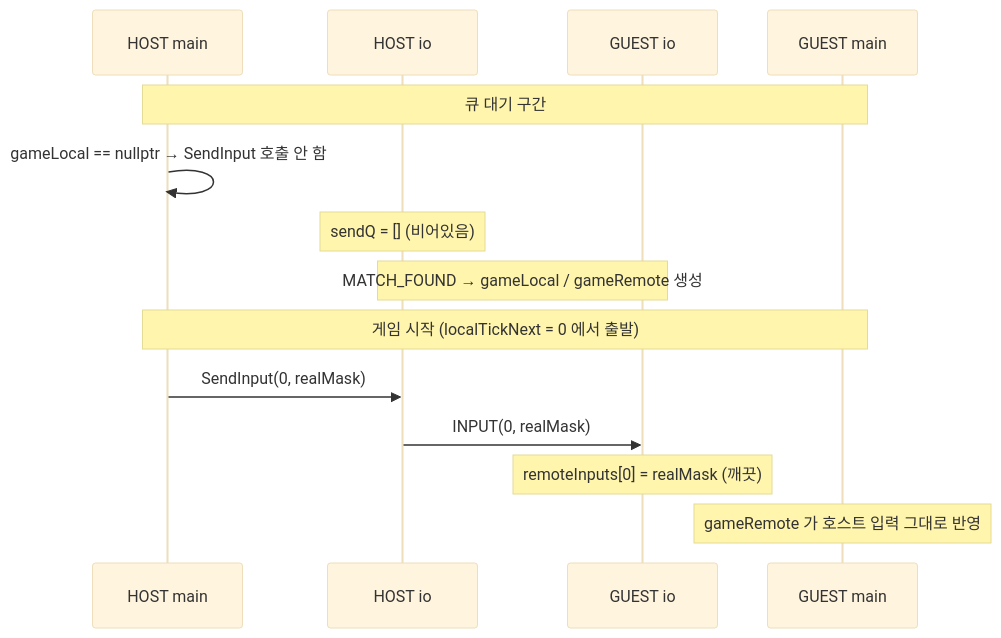
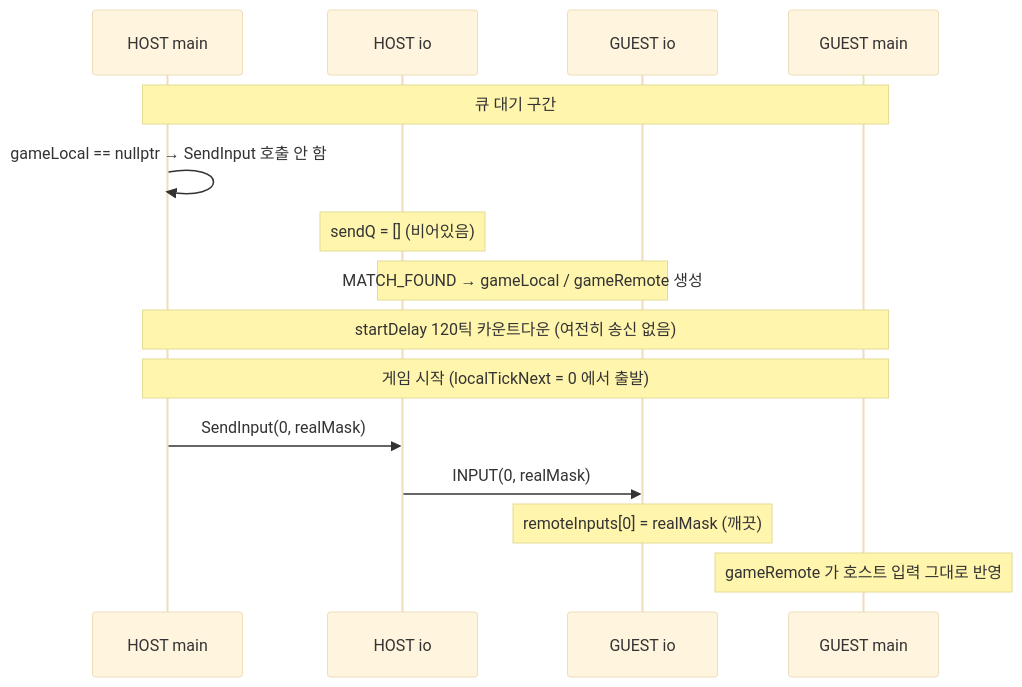
One commit to Rein-ArXiv/Tetris-Multiplayer-RL changed the tenth of 13 diagrams in docs/blog/part6-lockstep-networking.md. Above: the diagram before and after it, drawn with Mermaid (base theme). The commit also changed other lines of this file and 41 other files, not shown here.

````diff
--- a/docs/blog/part6-lockstep-networking.md
+++ b/docs/blog/part6-lockstep-networking.md
@@ -1642,17 +2568,18 @@
 ```mermaid
 sequenceDiagram
     participant HM as HOST main
     participant HI as HOST io
     participant GI as GUEST io
     participant GM as GUEST main
 
     Note over HM,GM: 큐 대기 구간
     HM->>HM: gameLocal == nullptr → SendInput 호출 안 함
     Note over HI: sendQ = [] (비어있음)
     Note over HI,GI: MATCH_FOUND → gameLocal / gameRemote 생성
+    Note over HM,GM: startDelay 120틱 카운트다운 (여전히 송신 없음)
     Note over HM,GM: 게임 시작 (localTickNext = 0 에서 출발)
     HM->>HI: SendInput(0, realMask)
     HI->>GI: INPUT(0, realMask)
     Note over GI: remoteInputs[0] = realMask (깨끗)
     Note over GM: gameRemote 가 호스트 입력 그대로 반영
 ```
````
